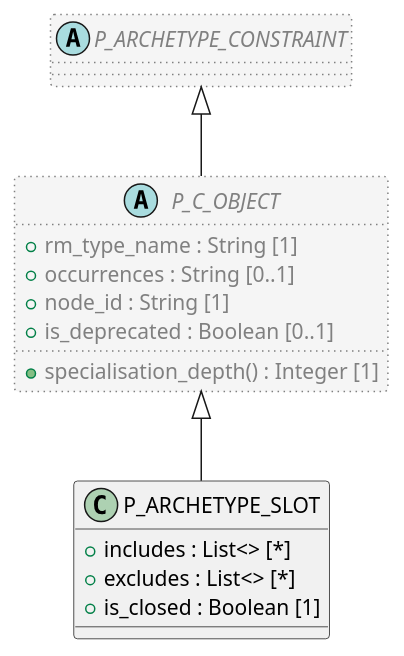
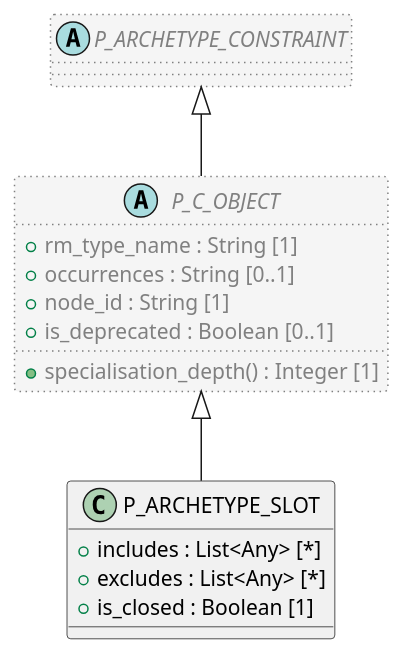
Before and after one commit to sebastian-iancu/code-generator: the diagram in code/Adoc/openehr_am_2.3.0/plantUML/classes/aom2.p_archetype_slot.adoc, drawn with PlantUML. The commit also changed 3812 other files, not shown here.

```diff
--- a/code/Adoc/openehr_am_2.3.0/plantUML/classes/aom2.p_archetype_slot.adoc
+++ b/code/Adoc/openehr_am_2.3.0/plantUML/classes/aom2.p_archetype_slot.adoc
@@ -1,28 +1,28 @@
-[plantuml,P_ARCHETYPE_SLOT,format=svg,opts=inline]
+[plantuml,P_ARCHETYPE_SLOT,format=svg]
 -----
 @startuml
 
 class P_ARCHETYPE_SLOT {
-  + includes : List<> [*]
-  + excludes : List<> [*]
+  + includes : List<Any> [*]
+  + excludes : List<Any> [*]
   + is_closed : Boolean [1]
 }
 
 abstract class P_C_OBJECT  #whitesmoke;line:gray;line.dotted;text:gray {
   + rm_type_name : String [1]
   + occurrences : String [0..1]
   + node_id : String [1]
   + is_deprecated : Boolean [0..1]
   + specialisation_depth() : Integer [1]
 }
 
 abstract class P_ARCHETYPE_CONSTRAINT  #whitesmoke;line:gray;line.dotted;text:gray {
 }
 
 P_ARCHETYPE_CONSTRAINT <|-- P_C_OBJECT
 
 P_C_OBJECT <|-- P_ARCHETYPE_SLOT
 
 
 @enduml
 -----
```
